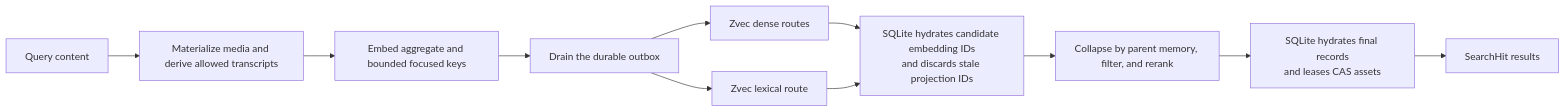
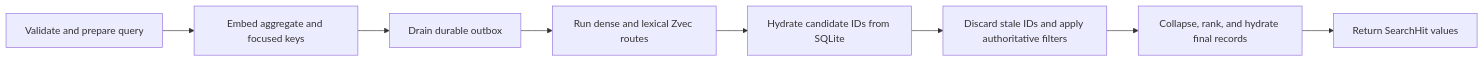
Before and after one commit to EventHorizon-Lab/MindBridge: the second of 2 diagrams in docs/architecture.md, drawn with Mermaid. The commit also changed other lines of this file and 16 other files, not shown here.

````diff
--- a/docs/architecture.md
+++ b/docs/architecture.md
@@ -65,13 +77,10 @@
 ```mermaid
 flowchart LR
-    query["Query content"] --> prepare["Materialize media and derive allowed transcripts"]
-    prepare --> embed["Embed aggregate and bounded focused keys"]
-    embed --> sync["Drain the durable outbox"]
-    sync --> dense["Zvec dense routes"]
-    sync --> lexical["Zvec lexical route"]
-    dense --> hydrate["SQLite hydrates candidate embedding IDs<br/>and discards stale projection IDs"]
-    lexical --> hydrate
-    hydrate --> rank["Collapse by parent memory, filter, and rerank"]
-    rank --> records["SQLite hydrates final records<br/>and leases CAS assets"]
-    records --> hits["SearchHit results"]
+    query["Validate and prepare query"] --> embed["Embed aggregate and focused keys"]
+    embed --> sync["Drain durable outbox"]
+    sync --> routes["Run dense and lexical Zvec routes"]
+    routes --> hydrate["Hydrate candidate IDs from SQLite"]
+    hydrate --> filter["Discard stale IDs and apply authoritative filters"]
+    filter --> rank["Collapse, rank, and hydrate final records"]
+    rank --> hits["Return SearchHit values"]
 ```
````
